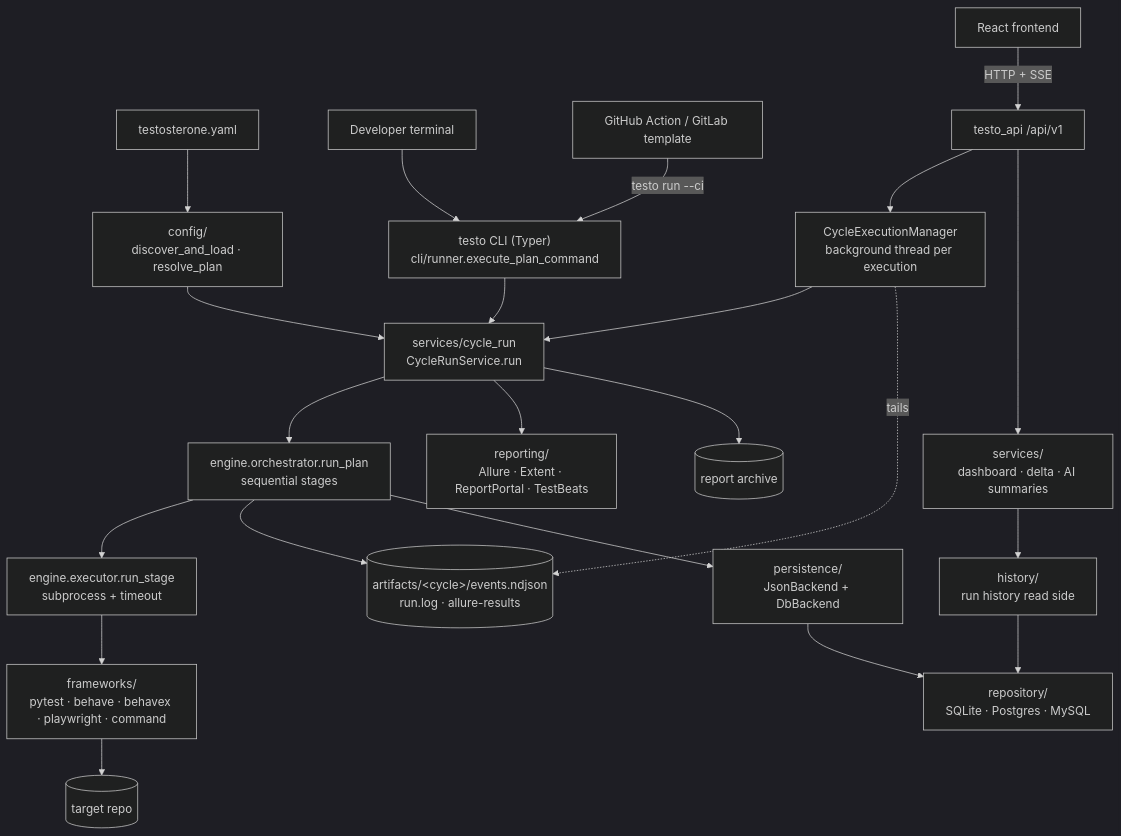
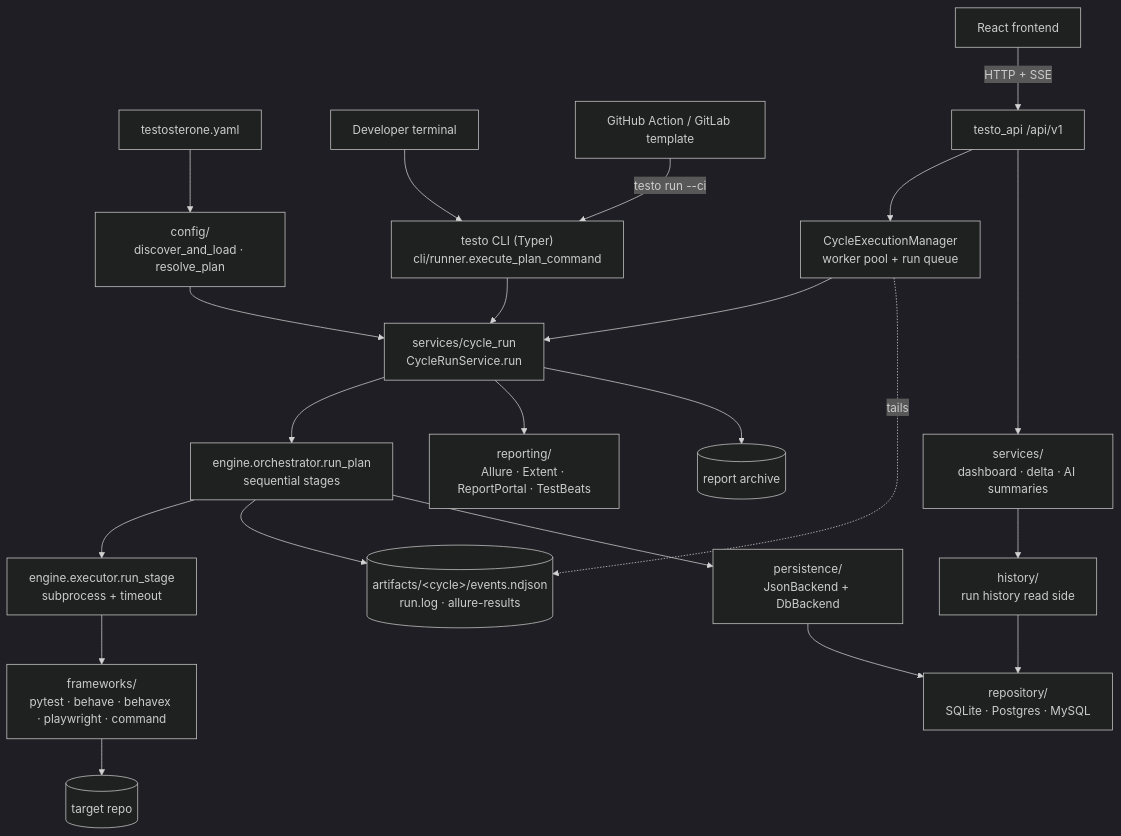
Before and after one commit to actions-marketplace-validations/arieleven_qasight: the diagram in docs/Architecture/Architecture Overview.md, drawn with Mermaid (dark theme). The commit also changed other lines of this file and 11 other files, not shown here.

First line of the commit message:
fix(api): keep run workers alive on SystemExit and split large modules (#159)

````diff
--- a/docs/Architecture/Architecture Overview.md
+++ b/docs/Architecture/Architecture Overview.md
@@ -18,28 +18,28 @@
 ```mermaid
 flowchart TD
     YAML[testosterone.yaml] --> CFG[config/<br/>discover_and_load · resolve_plan]
 
     TERM[Developer terminal] --> CLI["testo CLI (Typer)<br/>cli/runner.execute_plan_command"]
     CI[GitHub Action / GitLab template] -->|"testo run --ci"| CLI
     UI[React frontend] -->|HTTP + SSE| API["testo_api /api/v1"]
-    API --> MGR[CycleExecutionManager<br/>background thread per execution]
+    API --> MGR[CycleExecutionManager<br/>worker pool + run queue]
 
     CLI --> SVC
     MGR --> SVC
     CFG --> SVC[services/cycle_run<br/>CycleRunService.run]
 
     SVC --> ENG[engine.orchestrator.run_plan<br/>sequential stages]
     ENG --> EXE[engine.executor.run_stage<br/>subprocess + timeout]
     EXE --> FW[frameworks/<br/>pytest · behave · behavex · playwright · command]
     FW --> TGT[(target repo)]
     ENG --> EV[(artifacts/&lt;cycle&gt;/events.ndjson<br/>run.log · allure-results)]
     ENG --> PER[persistence/<br/>JsonBackend + DbBackend]
     PER --> REPO[repository/<br/>SQLite · Postgres · MySQL]
     SVC --> REP[reporting/<br/>Allure · Extent · ReportPortal · TestBeats]
     SVC --> ARC[(report archive)]
     MGR -. tails .-> EV
 
     API --> INS[services/<br/>dashboard · delta · AI summaries]
     INS --> HIST[history/<br/>run history read side]
     HIST --> REPO
 ```
````
